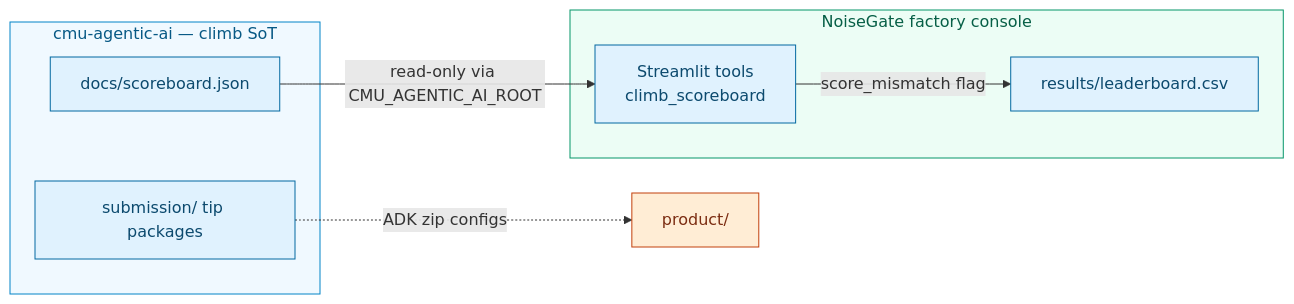
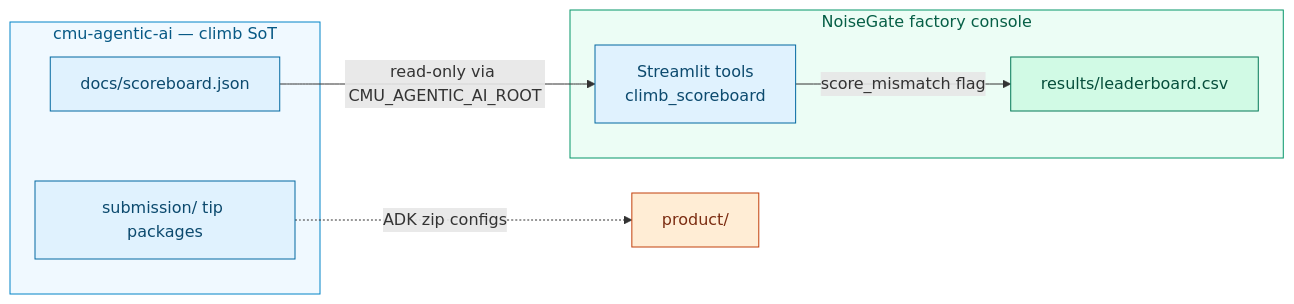
Before and after one commit to khaosans/noisegate-gemma4-factory: the seventh of 7 diagrams in docs/wiki/Architecture.md, drawn with Mermaid. The commit also changed other lines of this file and 4 other files, not shown here.

First line of the commit message:
docs: colored Mermaid bands without in-diagram legends (#11)

````diff
--- a/docs/wiki/Architecture.md
+++ b/docs/wiki/Architecture.md
@@ -233,23 +215,25 @@
 ```mermaid
 flowchart LR
   subgraph CMU["cmu-agentic-ai — climb SoT"]
     SB[docs/scoreboard.json]
     Tips[submission/ tip packages]
   end
 
   subgraph NG["NoiseGate factory console"]
     CSV[results/leaderboard.csv]
     Cons[Streamlit tools<br/>climb_scoreboard]
   end
 
   SB -->|read-only via CMU_AGENTIC_AI_ROOT| Cons
   Cons -->|score_mismatch flag| CSV
   Tips -.->|ADK zip configs| Prod[product/]
 
   classDef ops fill:#E0F2FE,stroke:#0369A1,color:#0C4A6E
   classDef product fill:#FFEDD5,stroke:#C2410C,color:#7C2D12
-  class SB,Tips,CSV,Cons ops
+  classDef factory fill:#D1FAE5,stroke:#047857,color:#064E3B
+  class SB,Tips,Cons ops
   class Prod product
+  class CSV factory
   style CMU fill:#F0F9FF,stroke:#0284C7,color:#075985
   style NG fill:#ECFDF5,stroke:#059669,color:#065F46
 ```
````
